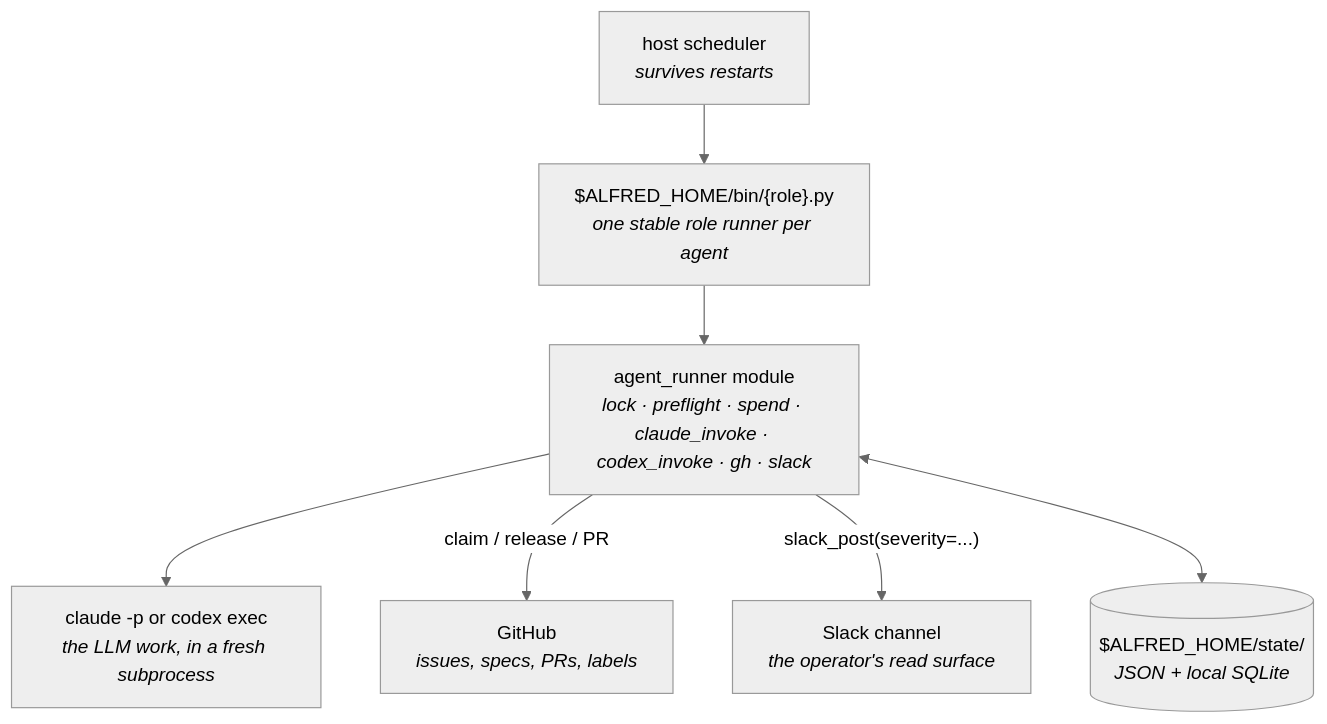
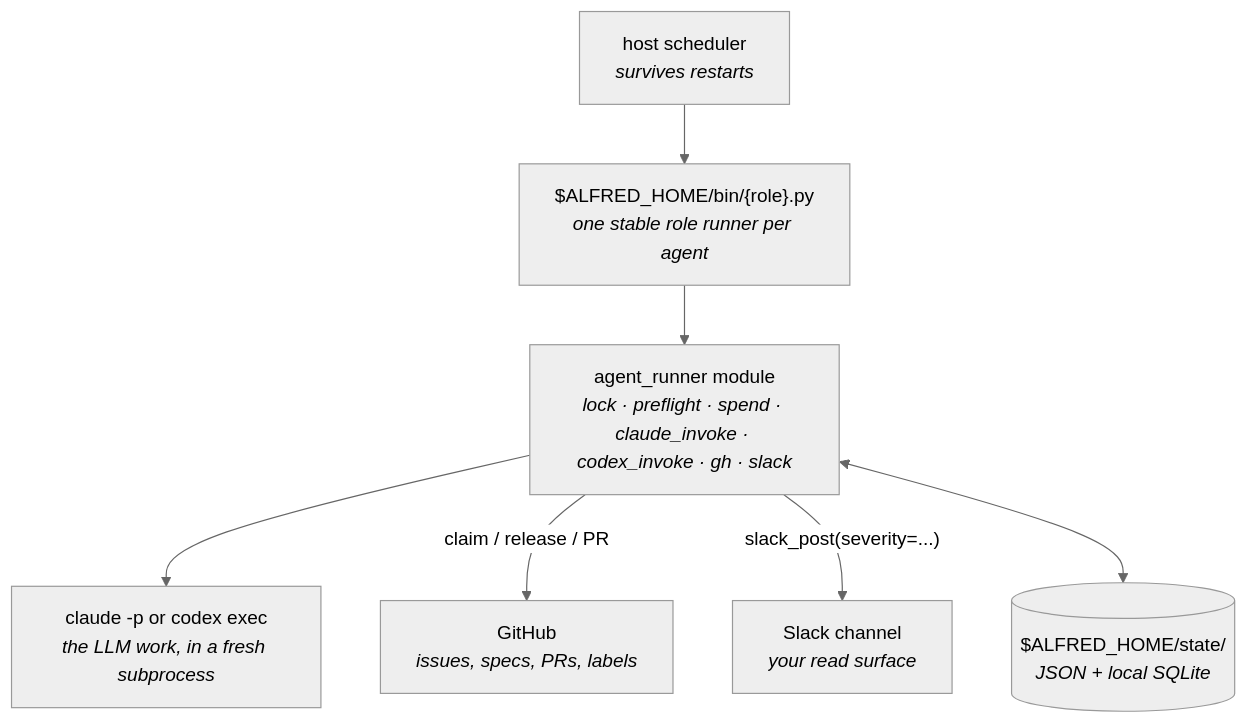
Before and after one commit to luminik-io/alfred-os: the diagram in site/src/content/docs/docs.mdx, drawn with Mermaid (neutral theme). The commit also changed other lines of this file and 38 other files, not shown here.

````diff
--- a/site/src/content/docs/docs.mdx
+++ b/site/src/content/docs/docs.mdx
@@ -40,15 +40,15 @@
 ```mermaid
 flowchart TB
     scheduler["host scheduler<br/><i>survives restarts</i>"]
     role["$ALFRED_HOME/bin/{role}.py<br/><i>one stable role runner per agent</i>"]
     runner["agent_runner module<br/><i>lock · preflight · spend · claude_invoke · codex_invoke · gh · slack</i>"]
     engine["claude -p or codex exec<br/><i>the LLM work, in a fresh subprocess</i>"]
     gh["GitHub<br/><i>issues, specs, PRs, labels</i>"]
-    slack["Slack channel<br/><i>the operator's read surface</i>"]
+    slack["Slack channel<br/><i>your read surface</i>"]
     state[("$ALFRED_HOME/state/<br/><i>JSON + local SQLite</i>")]
 
     scheduler --> role --> runner --> engine
     runner -- "claim / release / PR" --> gh
     runner -- "slack_post(severity=...)" --> slack
     runner <--> state
 ```
````
